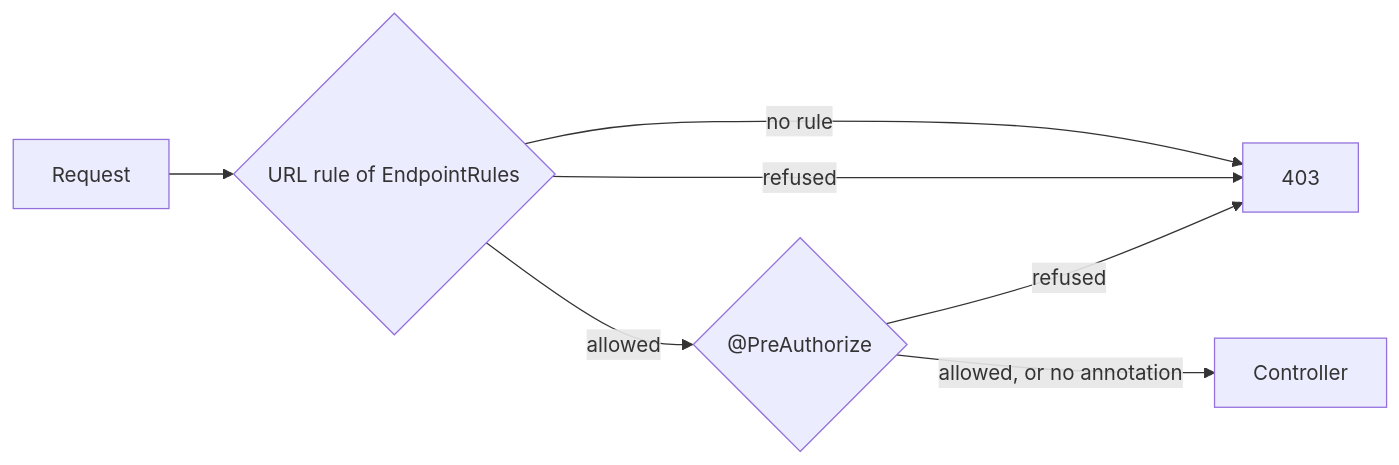
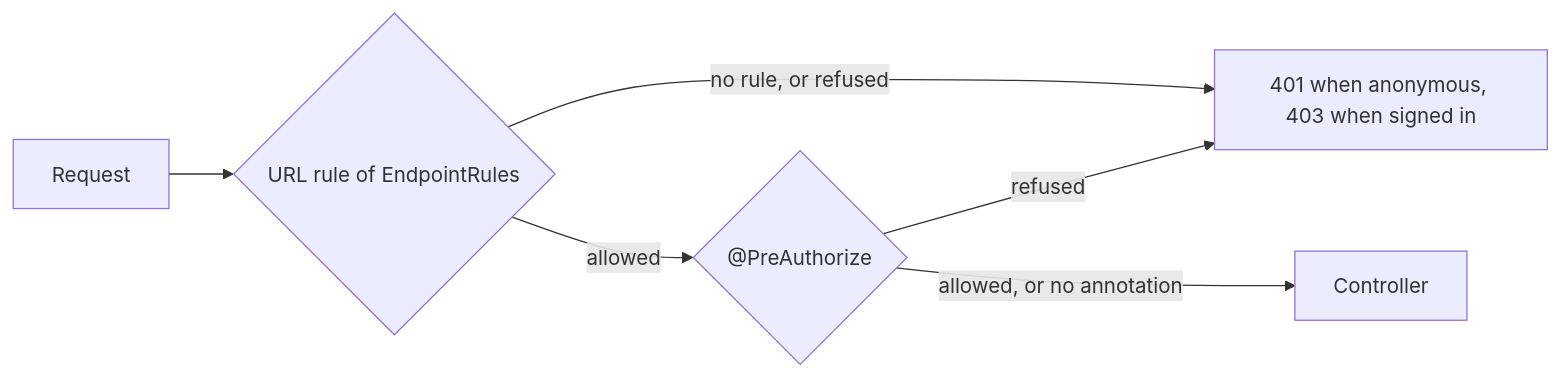
Before and after one commit to mboisnard/drinkit: the second of 2 diagrams in tech-starters/backend/security-starter/README.md, drawn with Mermaid. The commit also changed other lines of this file and 13 other files, not shown here.

First line of the commit message:
[TECH-STARTER] Shorten each starter README to its purpose, its key diagrams and its usage (#383)

````diff
--- a/tech-starters/backend/security-starter/README.md
+++ b/tech-starters/backend/security-starter/README.md
@@ -71,9 +51,8 @@
 ```mermaid
 flowchart LR
-    Request --> Url{URL rule of EndpointRules}
-    Url -- no rule --> Refused[403]
-    Url -- refused --> Refused
+    Request --> Url{"URL rule of EndpointRules"}
+    Url -- "no rule, or refused" --> Refused["401 when anonymous, 403 when signed in"]
     Url -- allowed --> Method{"@PreAuthorize"}
     Method -- refused --> Refused
     Method -- "allowed, or no annotation" --> Controller
 ```
````
